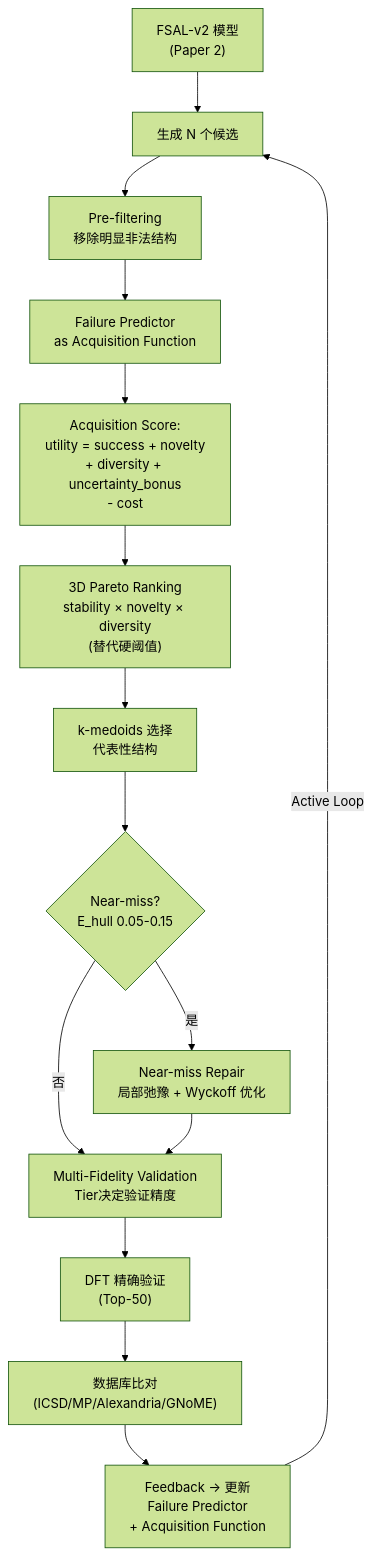
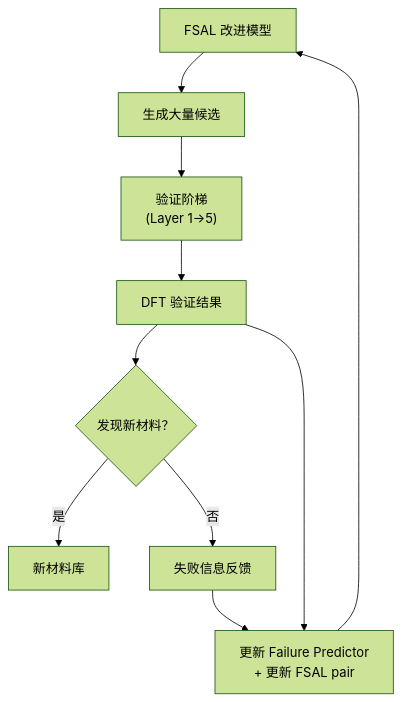
One commit to DeliXi199/fiir-crystal changed the diagram in docs/guidance/04_paper3_discovery_pipeline.md. Above: the diagram before and after it, drawn with Mermaid (forest theme). The commit also changed other lines of this file and 5 other files, not shown here.

````diff
--- a/docs/guidance/04_paper3_discovery_pipeline.md
+++ b/docs/guidance/04_paper3_discovery_pipeline.md
@@ -90,17 +96,12 @@
 ```mermaid
 flowchart TD
-    A["FSAL-v2 模型\n(Paper 2)"] --> B["生成 N 个候选"]
-    B --> PF["Pre-filtering\n移除明显非法结构"]
-    PF --> C["Failure Predictor\nas Acquisition Function"]
-    C --> ACQ["Acquisition Score:\nutility = success + novelty\n+ diversity + uncertainty_bonus\n- cost"]
-    ACQ --> PR["3D Pareto Ranking\nstability × novelty × diversity\n(替代硬阈值)"]
-    PR --> KM["k-medoids 选择\n代表性结构"]
-    KM --> NM{"Near-miss?\nE_hull 0.05-0.15"}
-    NM -->|是| REP["Near-miss Repair\n局部弛豫 + Wyckoff 优化"]
-    NM -->|否| MF["Multi-Fidelity Validation\nTier决定验证精度"]
-    REP --> MF
-    MF --> DFT["DFT 精确验证\n(Top-50)"]
-    DFT --> DB["数据库比对\n(ICSD/MP/Alexandria/GNoME)"]
-    DB --> FB["Feedback → 更新\nFailure Predictor\n+ Acquisition Function"]
-    FB -->|"Active Loop"| B
+    A["FSAL 改进模型"] --> B["生成大量候选"]
+    B --> C["验证阶梯\n(Layer 1→5)"]
+    C --> D["DFT 验证结果"]
+    D --> E{"发现新材料？"}
+    E -->|是| F["新材料库"]
+    E -->|否| G["失败信息反馈"]
+    G --> H["更新 Failure Predictor\n+ 更新 FSAL pair"]
+    H --> A
+    D --> H
 ```
````
